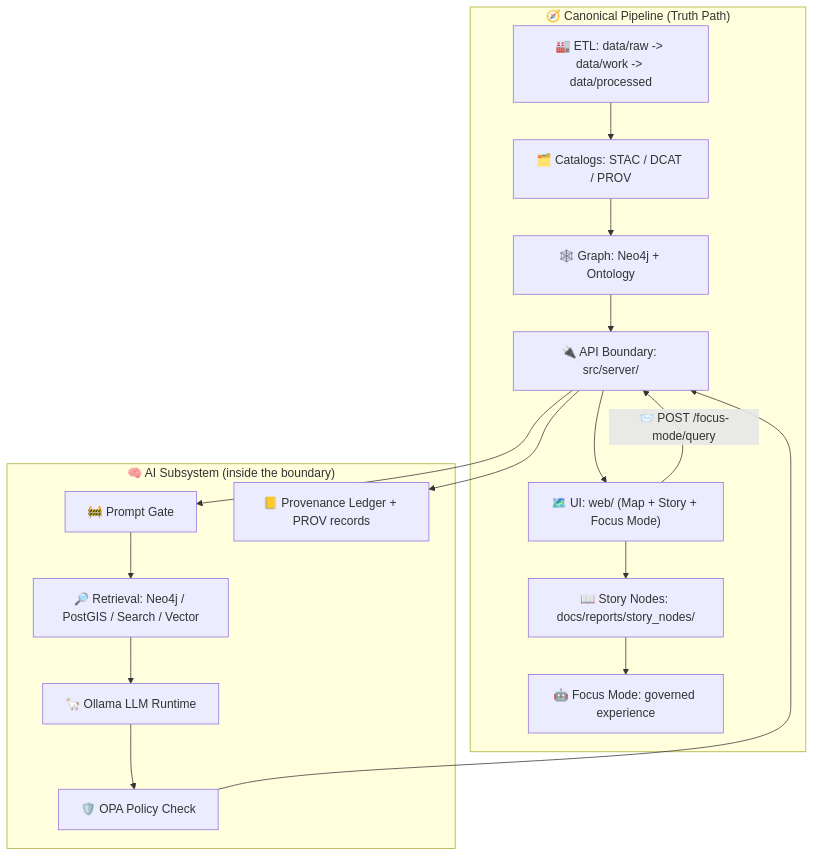
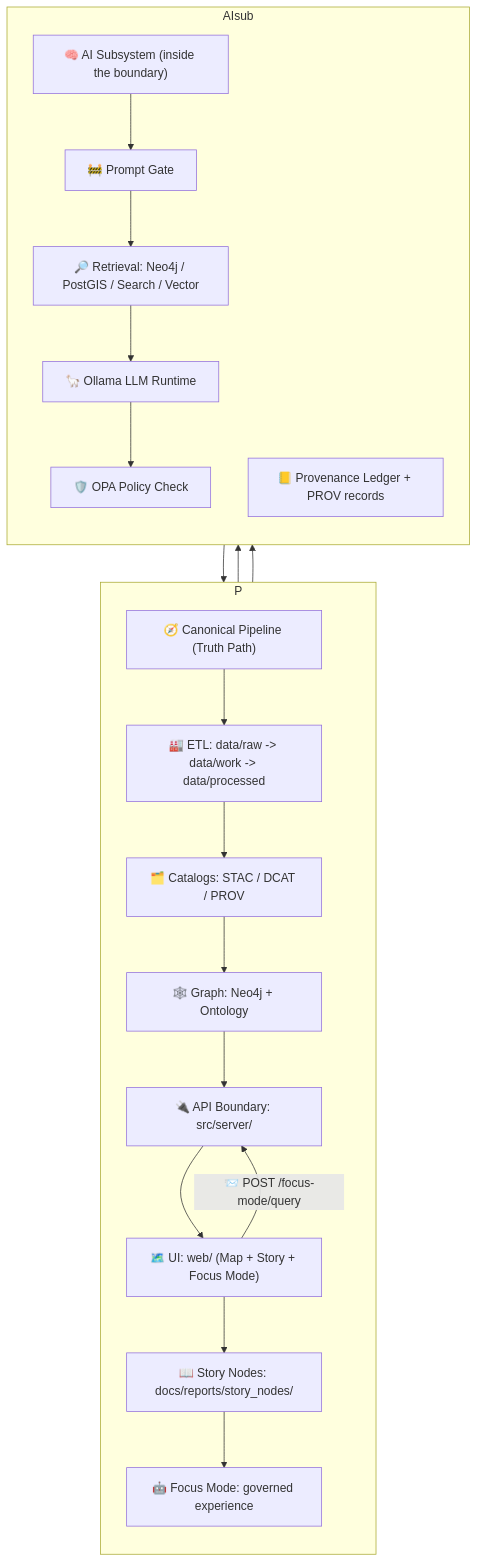
Before and after one commit to bartytime4life/Kansas-Frontier-Matrix: the second of 2 diagrams in docs/architecture/ai/AI_SYSTEM_OVERVIEW.md, drawn with Mermaid.

````diff
--- a/docs/architecture/ai/AI_SYSTEM_OVERVIEW.md
+++ b/docs/architecture/ai/AI_SYSTEM_OVERVIEW.md
@@ -140,25 +140,31 @@
 ```mermaid
 flowchart TB
-  subgraph "🧭 Canonical Pipeline (Truth Path)"
+  subgraph P
+    direction TB
+    T1["🧭 Canonical Pipeline (Truth Path)"]
     RAW["🏭 ETL: data/raw -> data/work -> data/processed"]
     CAT["🗂️ Catalogs: STAC / DCAT / PROV"]
     KG["🕸️ Graph: Neo4j + Ontology"]
     APIB["🔌 API Boundary: src/server/"]
     UIB["🗺️ UI: web/ (Map + Story + Focus Mode)"]
     STORY["📖 Story Nodes: docs/reports/story_nodes/"]
     FOCUS["🤖 Focus Mode: governed experience"]
-    RAW --> CAT --> KG --> APIB --> UIB --> STORY --> FOCUS
+    T1 --> RAW --> CAT --> KG --> APIB --> UIB --> STORY --> FOCUS
   end
 
-  subgraph "🧠 AI Subsystem (inside the boundary)"
+  subgraph AIsub
+    direction TB
+    T2["🧠 AI Subsystem (inside the boundary)"]
     PG["🚧 Prompt Gate"]
     RET["🔎 Retrieval: Neo4j / PostGIS / Search / Vector"]
     LLM["🦙 Ollama LLM Runtime"]
     OPA["🛡️ OPA Policy Check"]
     LEDGER["📒 Provenance Ledger + PROV records"]
+    T2 --> PG --> RET --> LLM --> OPA
   end
 
   UIB -->|"📨 POST /focus-mode/query"| APIB
-  APIB --> PG --> RET --> LLM --> OPA --> APIB
+  APIB --> PG
+  OPA --> APIB
   APIB --> LEDGER
 ```
````
